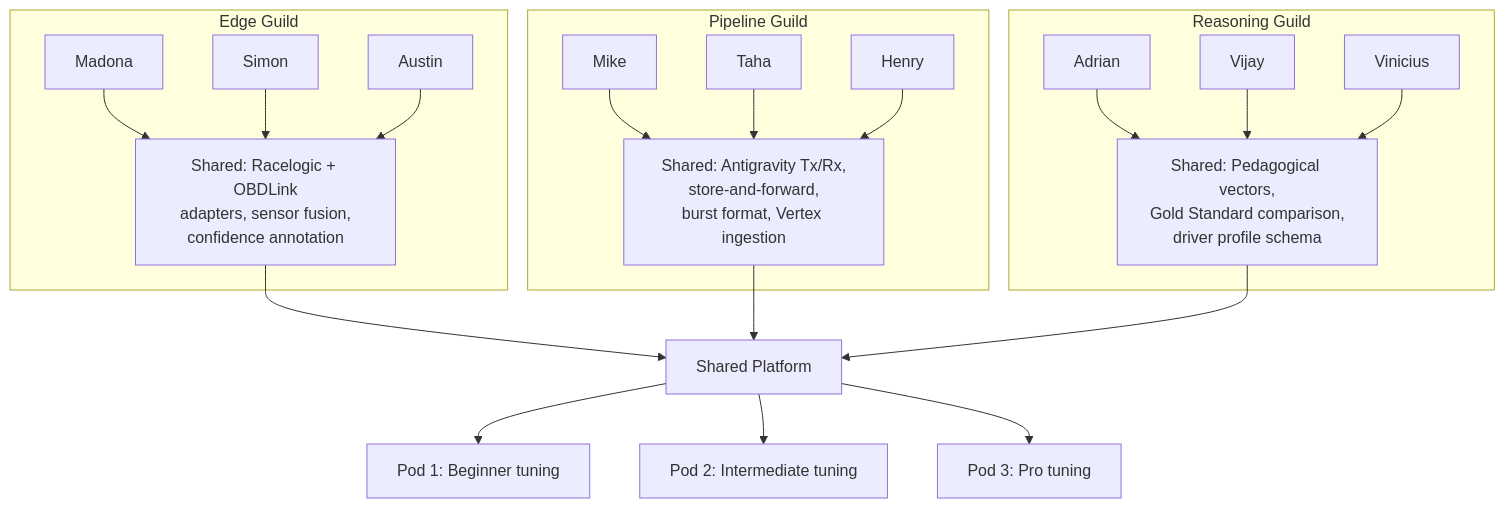
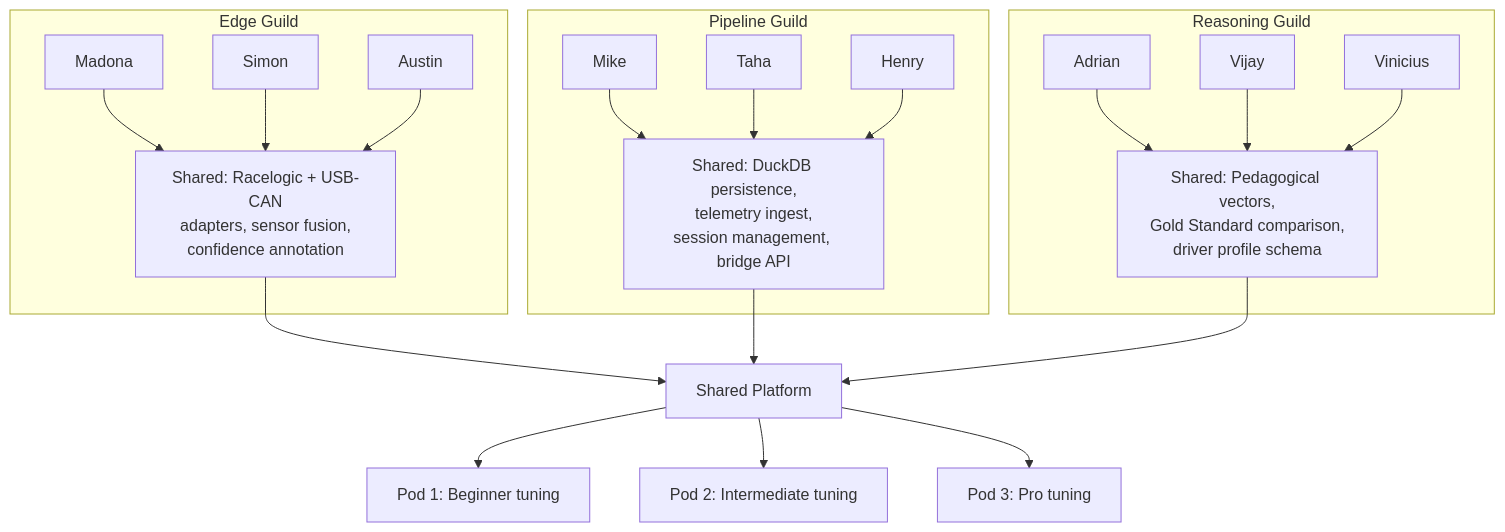
The second of 3 diagrams in docs/sprint-plan.md (mlnomadpy/pitwall), drawn with Mermaid before and after one commit. The commit also changed other lines of this file and 47 other files, not shown here.

````diff
--- a/docs/sprint-plan.md
+++ b/docs/sprint-plan.md
@@ -91,28 +91,28 @@
 ```mermaid
 graph TB
     subgraph Edge Guild
-        E1[Madona] --> SHARED_EDGE[Shared: Racelogic + OBDLink<br/>adapters, sensor fusion,<br/>confidence annotation]
+        E1[Madona] --> SHARED_EDGE[Shared: Racelogic + USB-CAN<br/>adapters, sensor fusion,<br/>confidence annotation]
         E2[Simon]  --> SHARED_EDGE
         E3[Austin] --> SHARED_EDGE
     end
 
     subgraph Pipeline Guild
-        P1[Mike]  --> SHARED_PIPE[Shared: Antigravity Tx/Rx,<br/>store-and-forward,<br/>burst format, Vertex ingestion]
+        P1[Mike]  --> SHARED_PIPE[Shared: DuckDB persistence,<br/>telemetry ingest,<br/>session management, bridge API]
         P2[Taha]  --> SHARED_PIPE
         P3[Henry] --> SHARED_PIPE
     end
 
     subgraph Reasoning Guild
         R1[Adrian]   --> SHARED_REASON[Shared: Pedagogical vectors,<br/>Gold Standard comparison,<br/>driver profile schema]
         R2[Vijay]    --> SHARED_REASON
         R3[Vinicius] --> SHARED_REASON
     end
 
     SHARED_EDGE --> PLATFORM[Shared Platform]
     SHARED_PIPE --> PLATFORM
     SHARED_REASON --> PLATFORM
 
     PLATFORM --> POD1[Pod 1: Beginner tuning]
     PLATFORM --> POD2[Pod 2: Intermediate tuning]
     PLATFORM --> POD3[Pod 3: Pro tuning]
 ```
````
